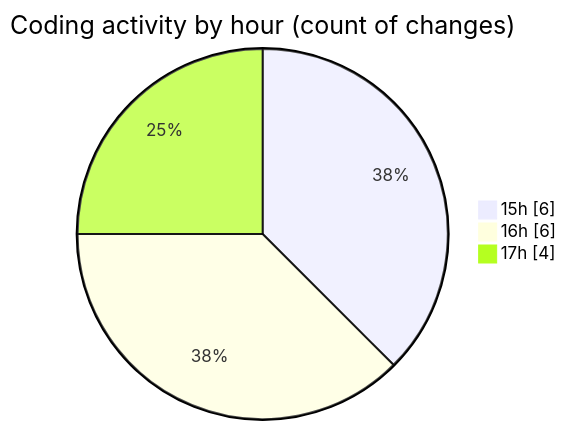
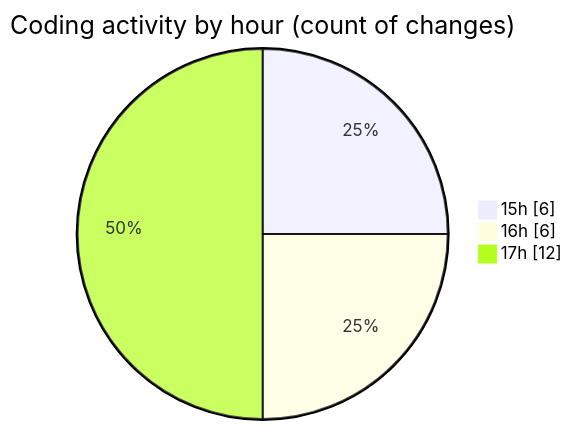
The second of 2 diagrams in 2025-03-25/samplepdf/README.md (momahboobian/code-tracking), drawn with Mermaid before and after one commit. The commit also changed other lines of this file and 1 other file, not shown here.

````diff
--- a/2025-03-25/samplepdf/README.md
+++ b/2025-03-25/samplepdf/README.md
@@ -31,7 +31,7 @@
 ```mermaid
 pie showData
 title Coding activity by hour (count of changes)
 "15h" : 6
 "16h" : 6
-"17h" : 4
+"17h" : 12
 ```
````
